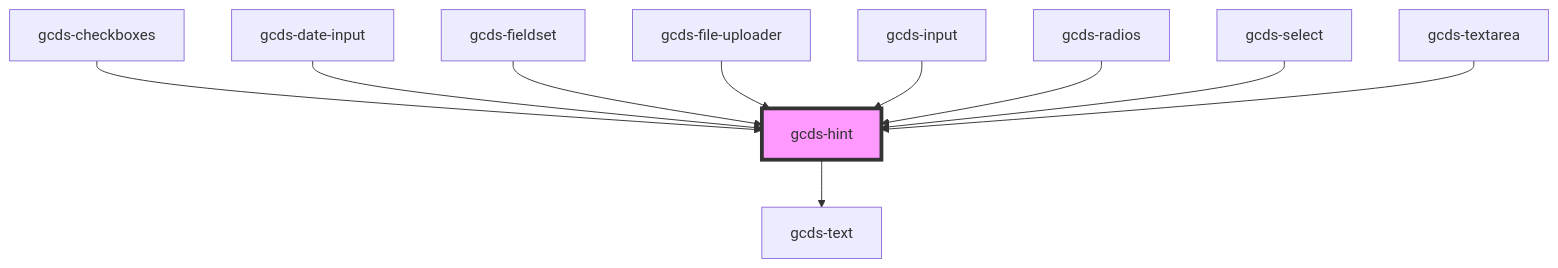
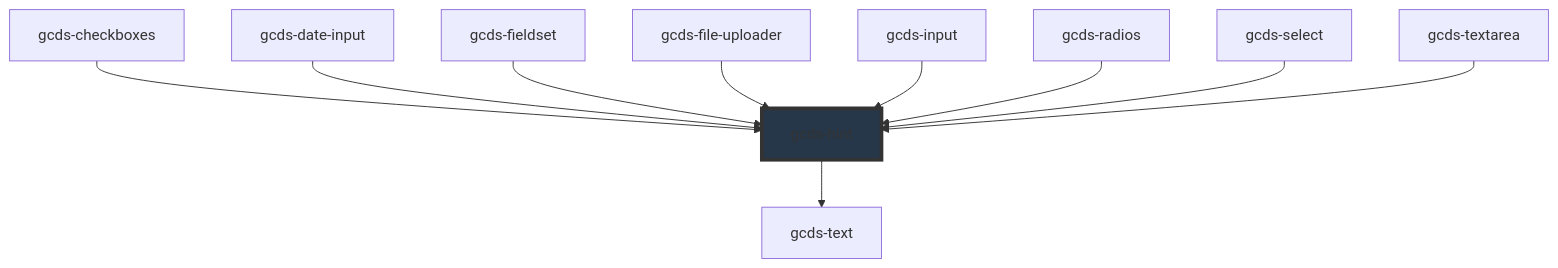
Before and after one commit to cds-snc/gcds-components: the diagram in packages/web/src/components/gcds-hint/readme.md, drawn with Mermaid. The commit also changed other lines of this file and 44 other files, not shown here.

````diff
--- a/packages/web/src/components/gcds-hint/readme.md
+++ b/packages/web/src/components/gcds-hint/readme.md
@@ -40,13 +47,13 @@
 ```mermaid
 graph TD;
   gcds-hint --> gcds-text
   gcds-checkboxes --> gcds-hint
   gcds-date-input --> gcds-hint
   gcds-fieldset --> gcds-hint
   gcds-file-uploader --> gcds-hint
   gcds-input --> gcds-hint
   gcds-radios --> gcds-hint
   gcds-select --> gcds-hint
   gcds-textarea --> gcds-hint
-  style gcds-hint fill:#f9f,stroke:#333,stroke-width:4px
+  style gcds-hint fill:#26374a,stroke:#333,stroke-width:4px
 ```
````
